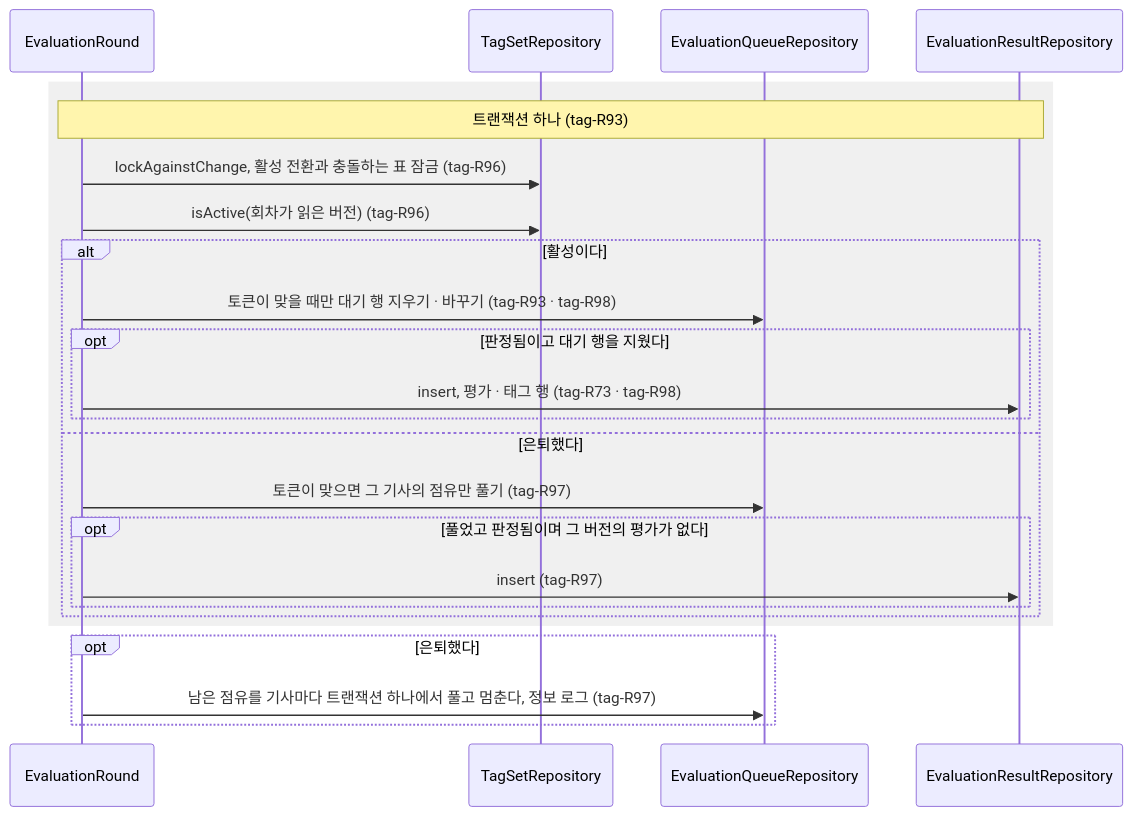
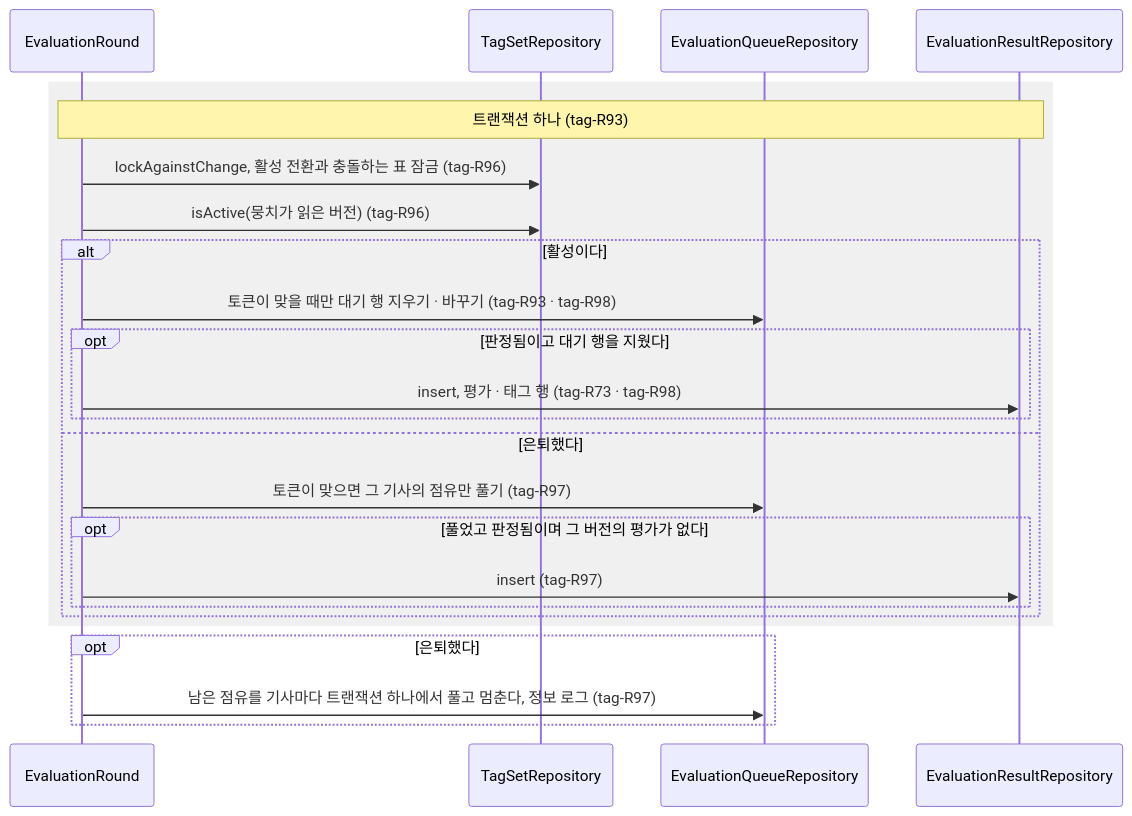
Before and after one commit to Theia0382/yozm-news: the fifth of 8 diagrams in docs/specs/tag.md, drawn with Mermaid. The commit also changed other lines of this file and 21 other files, not shown here.

````diff
--- a/docs/specs/tag.md
+++ b/docs/specs/tag.md
@@ -1000,27 +1016,27 @@
 ```mermaid
 sequenceDiagram
     participant R as EvaluationRound
     participant TS as TagSetRepository
     participant Q as EvaluationQueueRepository
     participant Res as EvaluationResultRepository
 
     rect rgba(128, 128, 128, 0.12)
     Note over R,Res: 트랜잭션 하나 (tag-R93)
     R->>TS: lockAgainstChange, 활성 전환과 충돌하는 표 잠금 (tag-R96)
-    R->>TS: isActive(회차가 읽은 버전) (tag-R96)
+    R->>TS: isActive(뭉치가 읽은 버전) (tag-R96)
     alt 활성이다
         R->>Q: 토큰이 맞을 때만 대기 행 지우기 · 바꾸기 (tag-R93 · tag-R98)
         opt 판정됨이고 대기 행을 지웠다
             R->>Res: insert, 평가 · 태그 행 (tag-R73 · tag-R98)
         end
     else 은퇴했다
         R->>Q: 토큰이 맞으면 그 기사의 점유만 풀기 (tag-R97)
         opt 풀었고 판정됨이며 그 버전의 평가가 없다
             R->>Res: insert (tag-R97)
         end
     end
     end
     opt 은퇴했다
         R->>Q: 남은 점유를 기사마다 트랜잭션 하나에서 풀고 멈춘다, 정보 로그 (tag-R97)
     end
 ```
````
